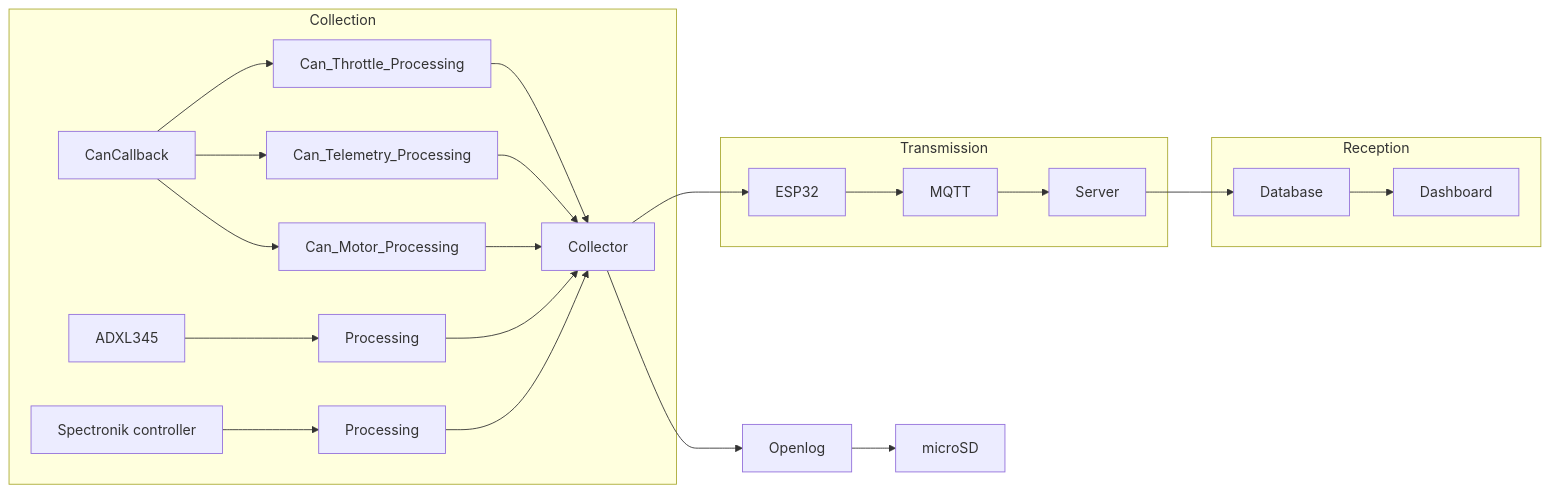
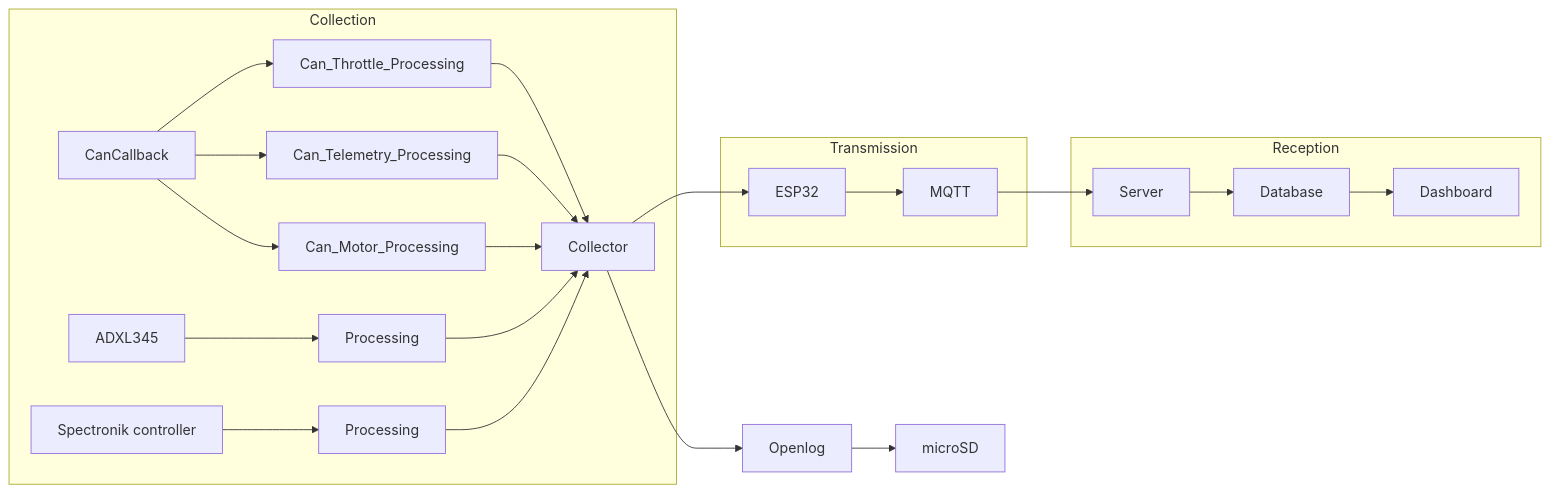
The second of 2 diagrams in Home.adoc (Svdwege/wikiWip), drawn with Mermaid before and after one commit. The commit also changed other lines of this file, not shown here.

Commit message:
placed server in the right subgraph on the homepage

```diff
--- a/Home.adoc
+++ b/Home.adoc
@@ -43,37 +43,37 @@
 [mermaid]
 ----
 
 graph LR
     
     subgraph Collection
         ADXL[ADXL345] --> P1[Processing]
         Spc[Spectronik controller]--> P2[Processing]
 
         cb[CanCallback] --> Can_Throttle_Processing
         cb[CanCallback] --> Can_Telemetry_Processing
         cb[CanCallback] --> Can_Motor_Processing
 
         Can_Throttle_Processing  --> Collect
         Can_Telemetry_Processing --> Collect
         Can_Motor_Processing     --> Collect
 
         P1 --> Collect[Collector]
         P2 --> Collect
 
 
     end
     Collect --> Openlog
     Openlog --> microSD
 
     subgraph Transmission
         Collect --> ESP32
         ESP32 --> MQTT
-        MQTT --> Server
     end
 
 
     subgraph Reception
+        MQTT --> Server
         Server --> Database
         Database --> Dashboard
     end
 ----
```
